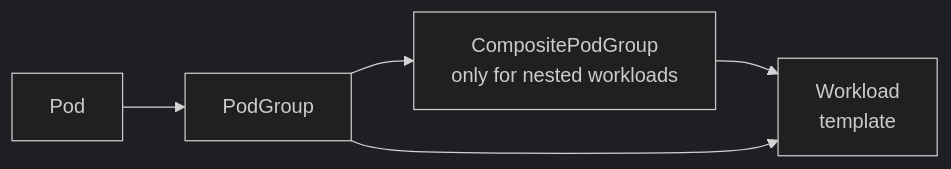
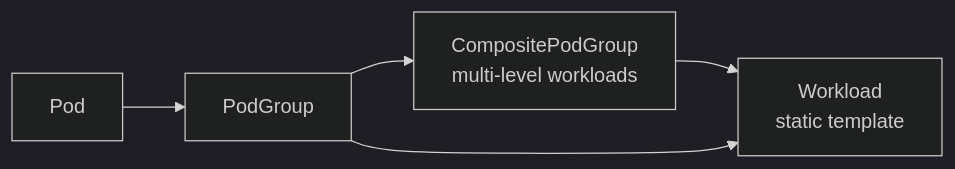
The first of 11 diagrams in docs/research/k8s-workload-aware-scheduling-vs-volcano.md (JesseStutler/volcano), drawn with Mermaid (dark theme) before and after one commit. The commit also changed other lines of this file and 1 other file, not shown here.

````diff
--- a/docs/research/k8s-workload-aware-scheduling-vs-volcano.md
+++ b/docs/research/k8s-workload-aware-scheduling-vs-volcano.md
@@ -80,12 +77,12 @@
 ```mermaid
 flowchart LR
     Pod["Pod"]
     PG["PodGroup"]
-    CPG["CompositePodGroup<br/>only for nested workloads"]
-    W["Workload<br/>template"]
+    CPG["CompositePodGroup<br/>multi-level workloads"]
+    W["Workload<br/>static template"]
 
     Pod --> PG
     PG --> CPG
     CPG --> W
     PG --> W
 ```
````
